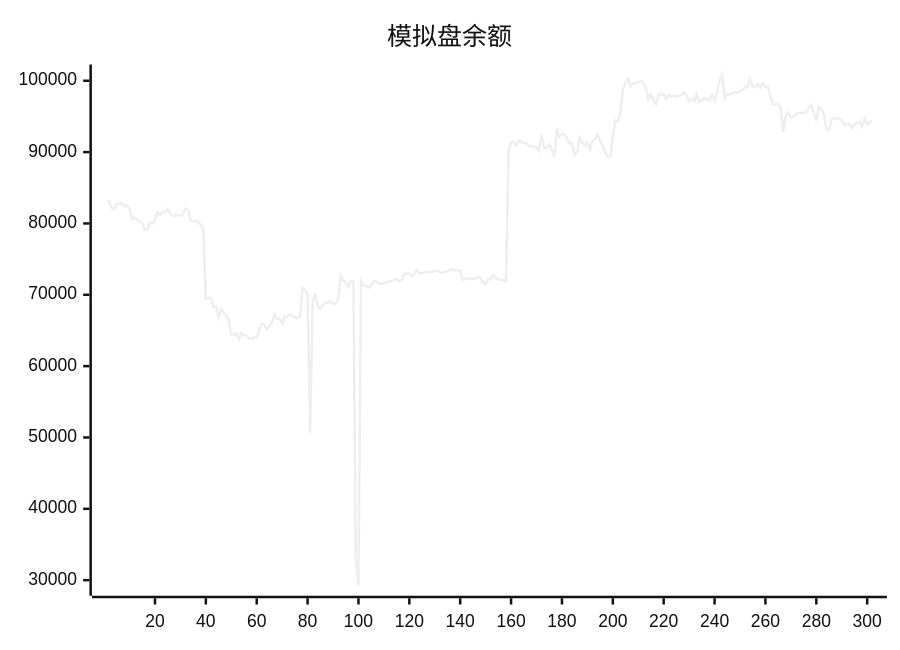
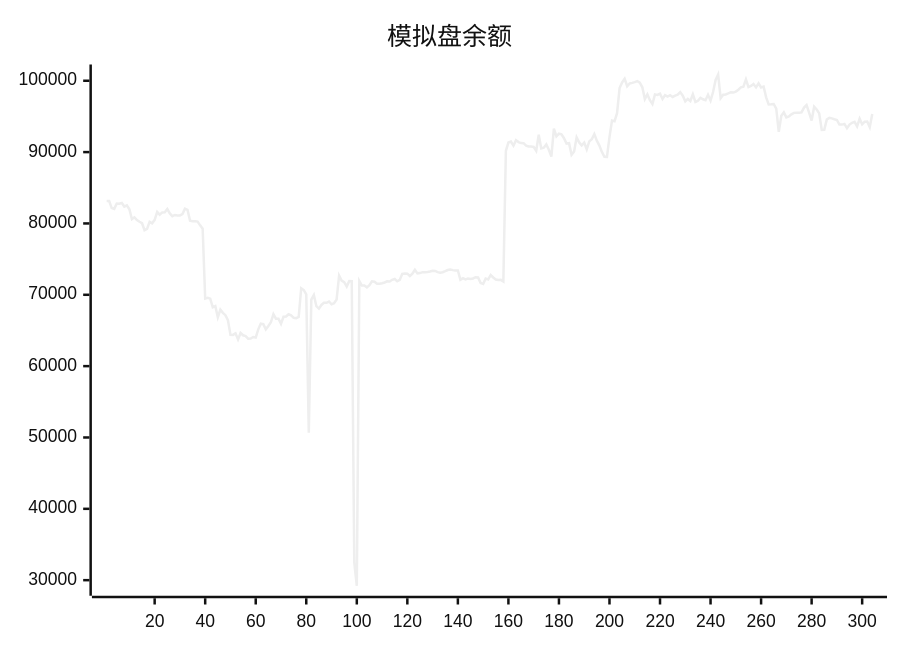
One commit to aahl/ai-trading changed the diagram in README.md. Above: the diagram before and after it, drawn with Mermaid (neutral theme). The commit also changed other lines of this file and 1 other file, not shown here.

````diff
--- a/README.md
+++ b/README.md
@@ -5,5 +5,5 @@
 ```mermaid
 xychart
     title "模拟盘余额"
-    line [83144,83145,82150,82038,82797,82763,82872,82367,82536,81981,80612,80862,80484,80242,80034,79063,79245,80227,80016,80507,81625,81233,81544,81578,82016,81401,81019,81186,81130,81118,81306,82066,81909,80392,80304,80291,80258,79729,79261,69466,69579,69456,68251,68415,66832,67911,67462,67144,66432,64380,64375,64606,63741,64647,64324,64216,63842,63877,64079,64008,65156,65945,65888,65157,65625,66144,67284,66653,66639,65924,66925,66956,67263,67108,66766,66729,66886,70927,70673,70049,50652,69334,69973,68400,68061,68578,68877,68879,69055,68662,68822,69329,72687,71999,71760,71163,71911,71896,32500,29218,71927,71297,71305,71044,71337,71883,71822,71536,71536,71622,71723,71880,71860,72100,72216,71887,72077,72940,72976,72966,72638,72948,73497,73004,73041,73173,73160,73187,73258,73375,73351,73173,73098,73161,73305,73474,73536,73457,73413,73412,72100,72333,72164,72272,72204,72285,72461,72421,71652,71521,72267,72157,72774,72425,72144,72060,72091,71858,90185,91338,91466,90900,91678,91404,91268,91244,90903,90779,90787,90721,90187,92429,90518,90619,91070,90328,89376,93286,92202,92581,92485,91947,91196,91259,89619,90086,92063,91355,90950,91327,90373,91498,91800,92531,91603,90910,90031,89351,89334,92097,94406,94315,95455,98972,99763,100286,99229,99622,99701,99805,99938,99738,99082,97430,98094,97267,96741,98081,98013,98194,97447,97983,97789,97969,97729,97911,98043,98405,97912,97120,97448,97154,98095,97021,97191,97616,97402,97263,98035,97210,98424,100121,100876,97552,98049,98085,98228,98388,98342,98488,98750,99086,99181,100188,99107,99272,99553,99072,99636,99061,99186,97674,96679,96704,96743,96096,92830,95088,95560,94866,94995,95295,95497,95531,95527,95559,96236,96597,95538,94422,96363,95972,95418,93095,93128,94558,94795,94727,94611,94508,93857,93852,93955,93340,93862,94112,94249,93603,94682,93898,94267,94288]
+    line [83144,83145,82150,82038,82797,82763,82872,82367,82536,81981,80612,80862,80484,80242,80034,79063,79245,80227,80016,80507,81625,81233,81544,81578,82016,81401,81019,81186,81130,81118,81306,82066,81909,80392,80304,80291,80258,79729,79261,69466,69579,69456,68251,68415,66832,67911,67462,67144,66432,64380,64375,64606,63741,64647,64324,64216,63842,63877,64079,64008,65156,65945,65888,65157,65625,66144,67284,66653,66639,65924,66925,66956,67263,67108,66766,66729,66886,70927,70673,70049,50652,69334,69973,68400,68061,68578,68877,68879,69055,68662,68822,69329,72687,71999,71760,71163,71911,71896,32500,29218,71927,71297,71305,71044,71337,71883,71822,71536,71536,71622,71723,71880,71860,72100,72216,71887,72077,72940,72976,72966,72638,72948,73497,73004,73041,73173,73160,73187,73258,73375,73351,73173,73098,73161,73305,73474,73536,73457,73413,73412,72100,72333,72164,72272,72204,72285,72461,72421,71652,71521,72267,72157,72774,72425,72144,72060,72091,71858,90185,91338,91466,90900,91678,91404,91268,91244,90903,90779,90787,90721,90187,92429,90518,90619,91070,90328,89376,93286,92202,92581,92485,91947,91196,91259,89619,90086,92063,91355,90950,91327,90373,91498,91800,92531,91603,90910,90031,89351,89334,92097,94406,94315,95455,98972,99763,100286,99229,99622,99701,99805,99938,99738,99082,97430,98094,97267,96741,98081,98013,98194,97447,97983,97789,97969,97729,97911,98043,98405,97912,97120,97448,97154,98095,97021,97191,97616,97402,97263,98035,97210,98424,100121,100876,97552,98049,98085,98228,98388,98342,98488,98750,99086,99181,100188,99107,99272,99553,99072,99636,99061,99186,97674,96679,96704,96743,96096,92830,95088,95560,94866,94995,95295,95497,95531,95527,95559,96236,96597,95538,94422,96363,95972,95418,93095,93128,94558,94795,94727,94611,94508,93857,93852,93955,93340,93862,94112,94249,93603,94682,93898,94267,94288,93490,95337]
 ```
````
